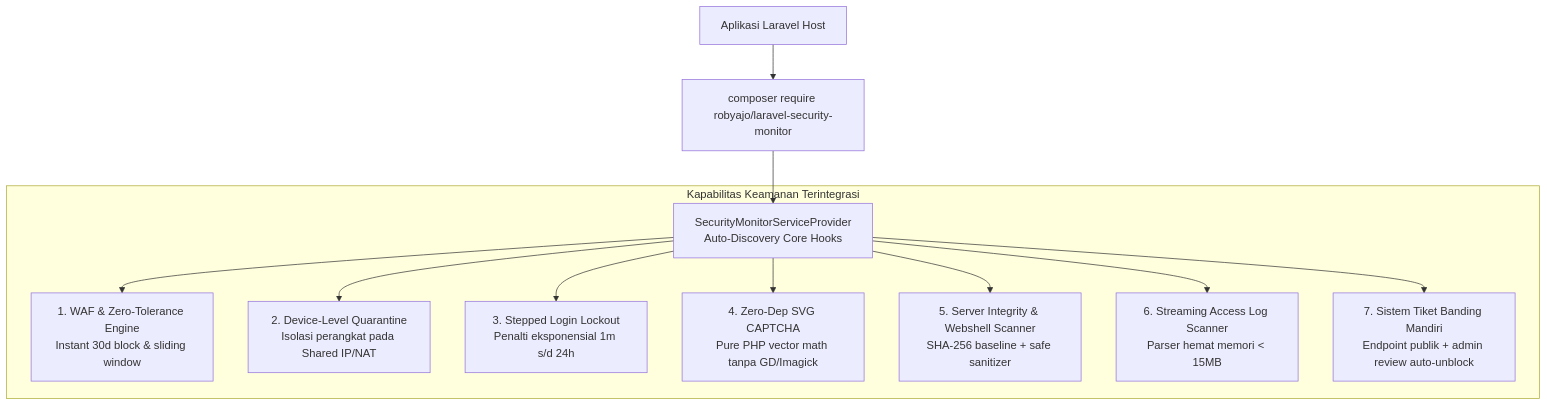
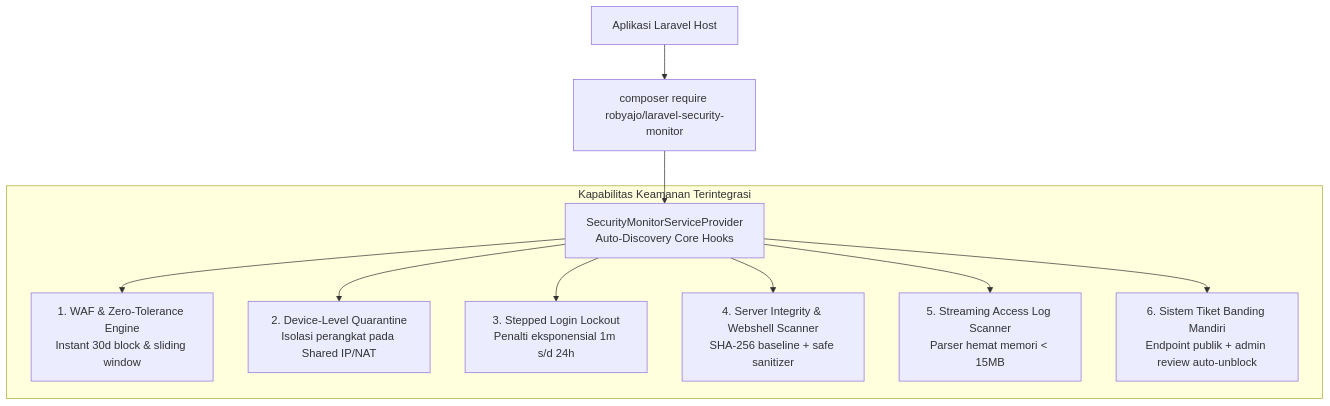
One commit to robyajo/laravel-security-monitor changed the diagram in DOCS/packagist-plan.md. Above: the diagram before and after it, drawn with Mermaid. The commit also changed other lines of this file and 31 other files, not shown here.

````diff
--- a/DOCS/packagist-plan.md
+++ b/DOCS/packagist-plan.md
@@ -58,15 +52,14 @@
 ```mermaid
 graph TD
     UserApp[Aplikasi Laravel Host] --> Composer[composer require robyajo/laravel-security-monitor]
     Composer --> Provider[SecurityMonitorServiceProvider<br/>Auto-Discovery Core Hooks]
 
     subgraph CoreCapabilities ["Kapabilitas Keamanan Terintegrasi"]
         Provider --> WAF[1. WAF & Zero-Tolerance Engine<br/>Instant 30d block & sliding window]
         Provider --> Device[2. Device-Level Quarantine<br/>Isolasi perangkat pada Shared IP/NAT]
         Provider --> Lockout[3. Stepped Login Lockout<br/>Penalti eksponensial 1m s/d 24h]
-        Provider --> Captcha[4. Zero-Dep SVG CAPTCHA<br/>Pure PHP vector math tanpa GD/Imagick]
-        Provider --> Integrity[5. Server Integrity & Webshell Scanner<br/>SHA-256 baseline + safe sanitizer]
-        Provider --> LogStream[6. Streaming Access Log Scanner<br/>Parser hemat memori < 15MB]
-        Provider --> Appeals[7. Sistem Tiket Banding Mandiri<br/>Endpoint publik + admin review auto-unblock]
+        Provider --> Integrity[4. Server Integrity & Webshell Scanner<br/>SHA-256 baseline + safe sanitizer]
+        Provider --> LogStream[5. Streaming Access Log Scanner<br/>Parser hemat memori < 15MB]
+        Provider --> Appeals[6. Sistem Tiket Banding Mandiri<br/>Endpoint publik + admin review auto-unblock]
     end
 ```
````
